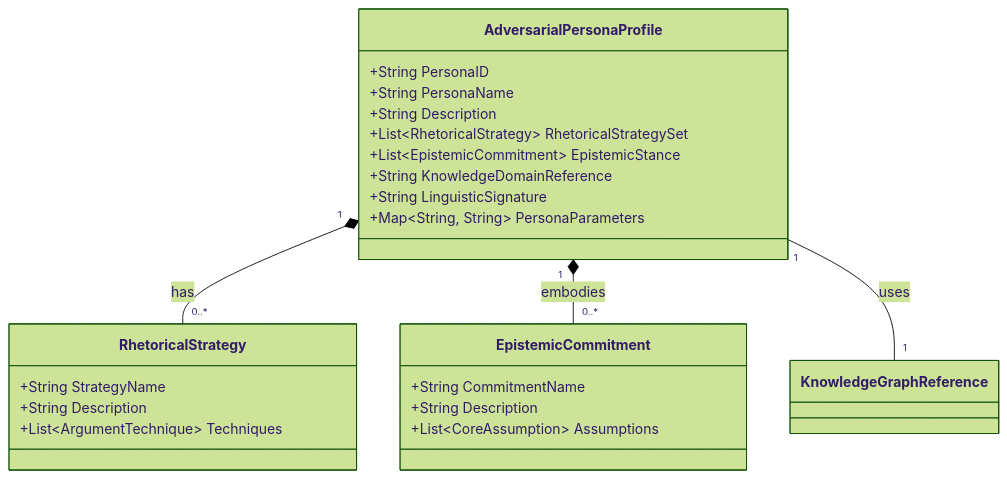
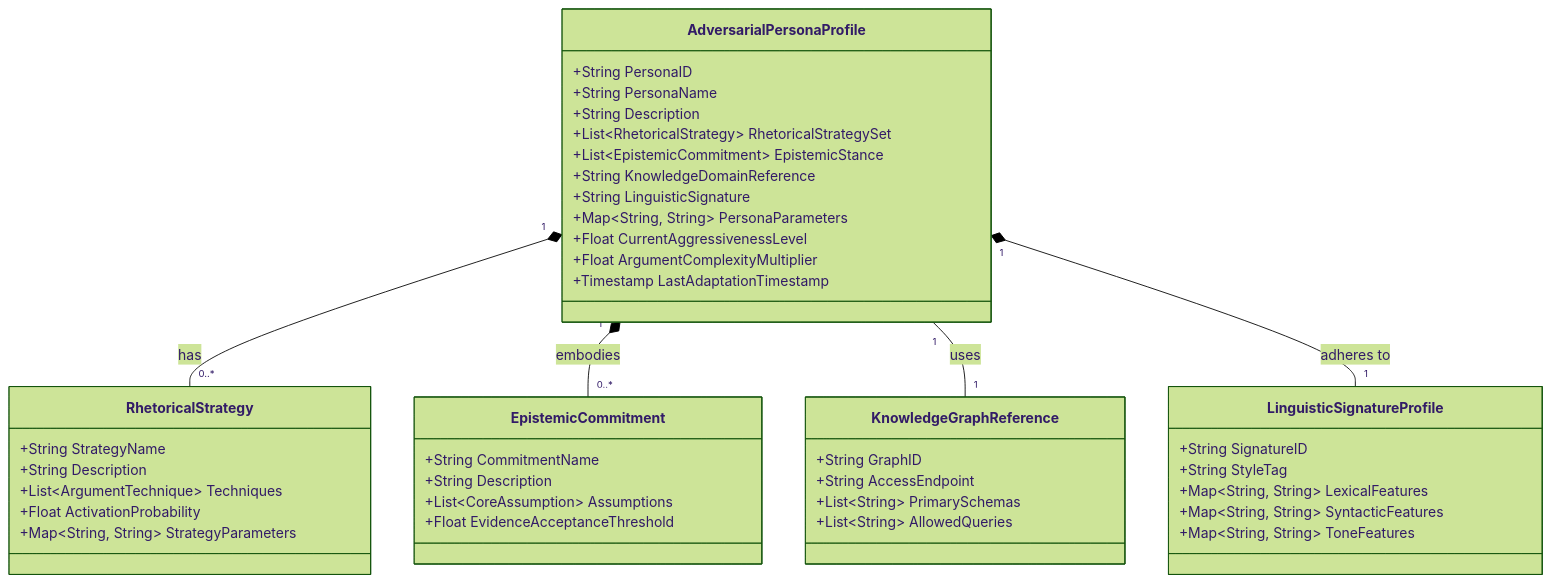
Before and after one commit to diplomat-bit/Citibank_Demo_Business_Inc_Demonstration-: the first of 13 diagrams in inventions/018_ai_debate_adversary/adversarial_persona_strategy.md, drawn with Mermaid (forest theme). The commit also changed other lines of this file, not shown here.

Commit message:
[AI] Edit: inventions/018_ai_debate_adversary/adversarial_persona_strategy.md

````diff
--- a/inventions/018_ai_debate_adversary/adversarial_persona_strategy.md
+++ b/inventions/018_ai_debate_adversary/adversarial_persona_strategy.md
@@ -26,26 +28,46 @@
 ```mermaid
 classDiagram
     class AdversarialPersonaProfile {
         +String PersonaID
         +String PersonaName
         +String Description
         +List~RhetoricalStrategy~ RhetoricalStrategySet
         +List~EpistemicCommitment~ EpistemicStance
         +String KnowledgeDomainReference
         +String LinguisticSignature
         +Map~String, String~ PersonaParameters
+        +Float CurrentAggressivenessLevel
+        +Float ArgumentComplexityMultiplier
+        +Timestamp LastAdaptationTimestamp
     }
     class RhetoricalStrategy {
         +String StrategyName
         +String Description
         +List~ArgumentTechnique~ Techniques
+        +Float ActivationProbability
+        +Map~String, String~ StrategyParameters
     }
     class EpistemicCommitment {
         +String CommitmentName
         +String Description
         +List~CoreAssumption~ Assumptions
+        +Float EvidenceAcceptanceThreshold
+    }
+    class KnowledgeGraphReference {
+        +String GraphID
+        +String AccessEndpoint
+        +List~String~ PrimarySchemas
+        +List~String~ AllowedQueries
     }
     AdversarialPersonaProfile "1" *-- "0..*" RhetoricalStrategy : has
     AdversarialPersonaProfile "1" *-- "0..*" EpistemicCommitment : embodies
     AdversarialPersonaProfile "1" -- "1" KnowledgeGraphReference : uses
+    AdversarialPersonaProfile "1" *-- "1" LinguisticSignatureProfile : adheres to
+    class LinguisticSignatureProfile {
+        +String SignatureID
+        +String StyleTag
+        +Map~String, String~ LexicalFeatures
+        +Map~String, String~ SyntacticFeatures
+        +Map~String, String~ ToneFeatures
+    }
 ```
````
